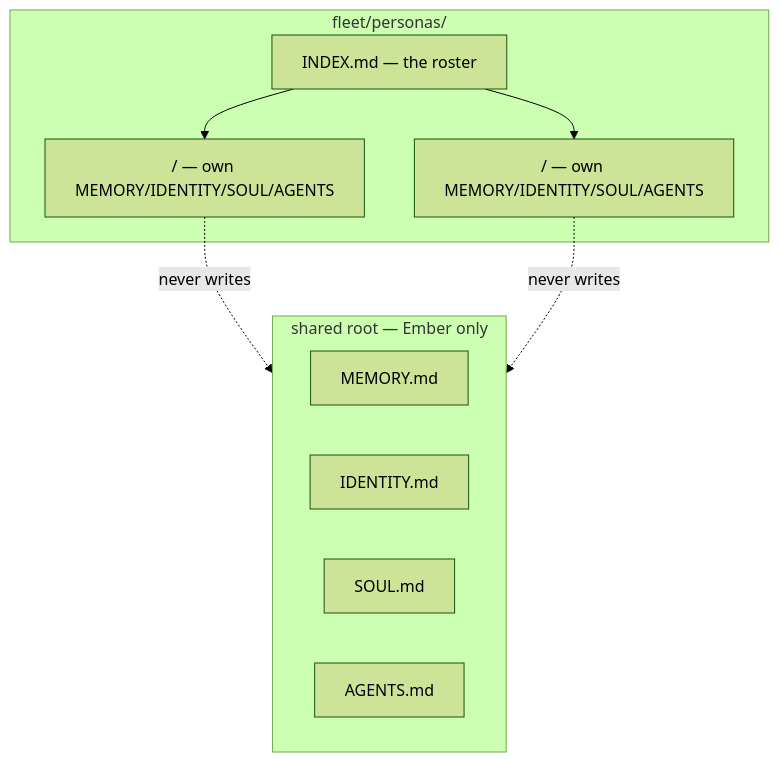
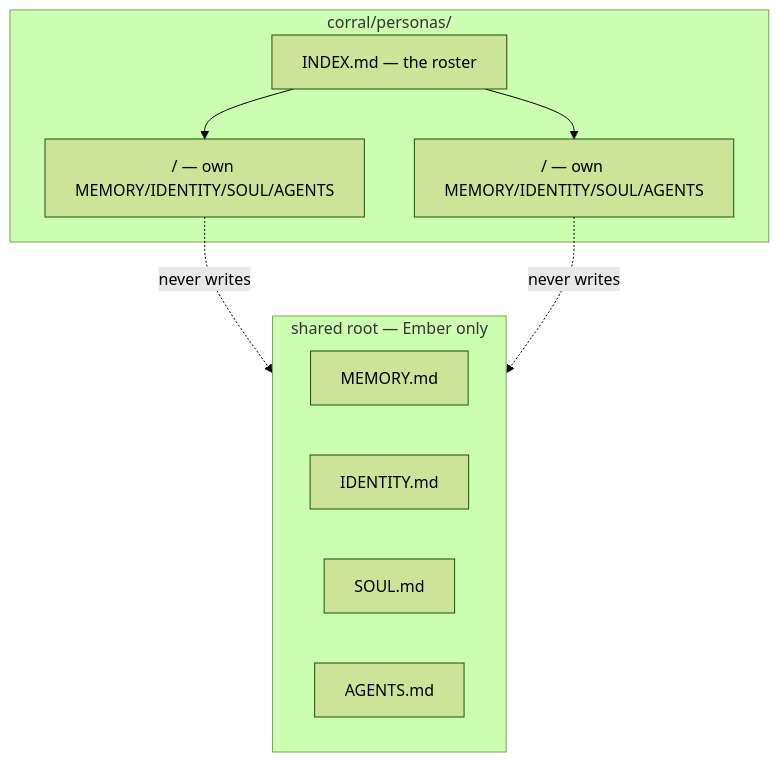
One commit to toxicwind/estate changed the diagram in corral/personas/README.md. Above: the diagram before and after it, drawn with Mermaid (forest theme). The commit also changed other lines of this file and 11 other files, not shown here.

````diff
--- a/corral/personas/README.md
+++ b/corral/personas/README.md
@@ -25,18 +25,18 @@
 ```mermaid
 flowchart TB
     subgraph shared[shared root — Ember only]
         MEM[MEMORY.md]
         ID[IDENTITY.md]
         SO[SOUL.md]
         AG[AGENTS.md]
     end
-    subgraph personas[fleet/personas/]
+    subgraph personas[corral/personas/]
         ROSTER[INDEX.md — the roster]
         F1[<name>/ — own MEMORY/IDENTITY/SOUL/AGENTS]
         F2[<other>/ — own MEMORY/IDENTITY/SOUL/AGENTS]
     end
     F1 -.->|never writes| shared
     F2 -.->|never writes| shared
     ROSTER --> F1
     ROSTER --> F2
 ```
````
